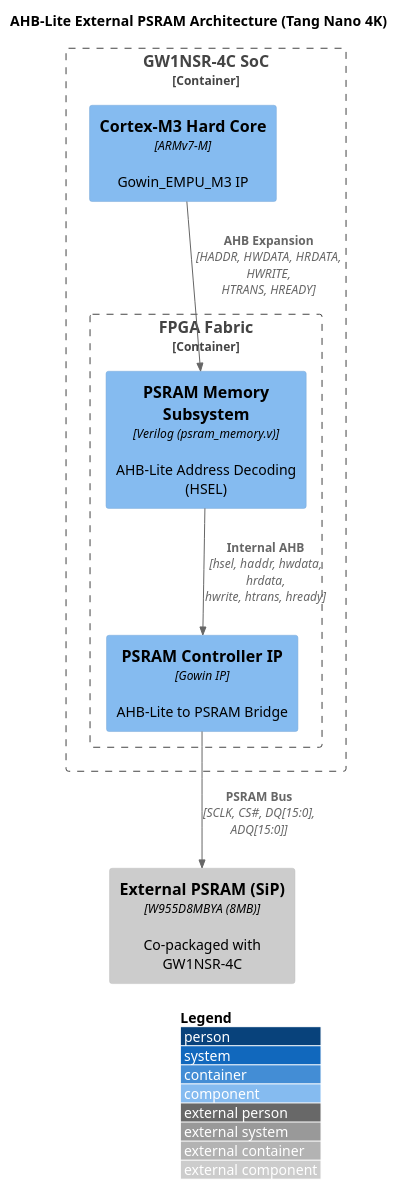
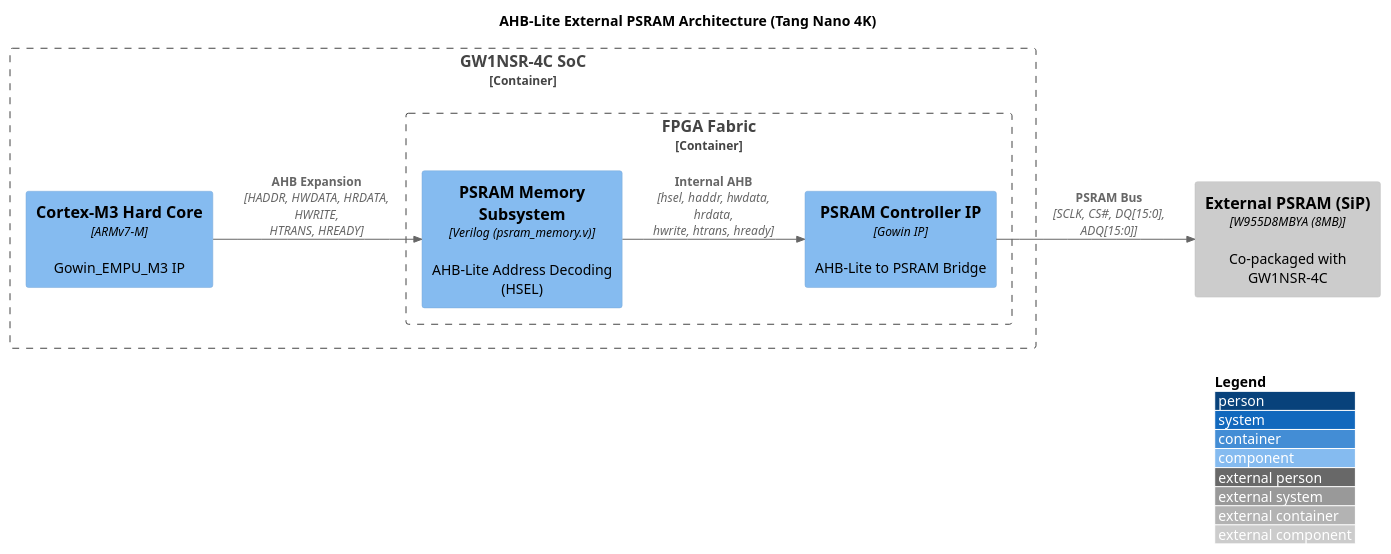
Before and after one commit to chatelao/micropython-tang-nano: the diagram in examples/m3_baremetal/m3_ext_psgram/architecture.puml, drawn with PlantUML. The commit also changed 2 other files, not shown here.

Commit message:
docs: fix PlantUML diagrams include and layout
- Update legacy `plantuml-office` include URLs to `plantuml-stdlib` in `flash_xip_signals.puml` and `m3_subsystem.puml`.
- Add `LAYOUT_LEFT_RIGHT()` to `flash_xip_signals.puml` and `architecture.puml` for horizontal orientation.
- Ensure consistency with project architectural standards for all M3 bare-metal examples.

```diff
--- a/examples/m3_baremetal/m3_ext_psgram/architecture.puml
+++ b/examples/m3_baremetal/m3_ext_psgram/architecture.puml
@@ -1,24 +1,25 @@
 @startuml architecture
 !include https://raw.githubusercontent.com/plantuml-stdlib/C4-PlantUML/master/C4_Component.puml
 
 LAYOUT_WITH_LEGEND()
+LAYOUT_LEFT_RIGHT()
 
 title AHB-Lite External PSRAM Architecture (Tang Nano 4K)
 
 Container_Boundary(soc, "GW1NSR-4C SoC") {
     Component(m3, "Cortex-M3 Hard Core", "ARMv7-M", "Gowin_EMPU_M3 IP")
 
     Container_Boundary(fabric, "FPGA Fabric") {
         Component(psram_sub, "PSRAM Memory Subsystem", "Verilog (psram_memory.v)", "AHB-Lite Address Decoding (HSEL)")
         Component(psram_ctrl, "PSRAM Controller IP", "Gowin IP", "AHB-Lite to PSRAM Bridge")
 
         Rel(m3, psram_sub, "AHB Expansion", "HADDR, HWDATA, HRDATA, HWRITE, HTRANS, HREADY")
         Rel(psram_sub, psram_ctrl, "Internal AHB", "hsel, haddr, hwdata, hrdata, hwrite, htrans, hready")
     }
 }
 
 Component_Ext(psram_chip, "External PSRAM (SiP)", "W955D8MBYA (8MB)", "Co-packaged with GW1NSR-4C")
 
 Rel(psram_ctrl, psram_chip, "PSRAM Bus", "SCLK, CS#, DQ[15:0], ADQ[15:0]")
 
 @enduml
```
